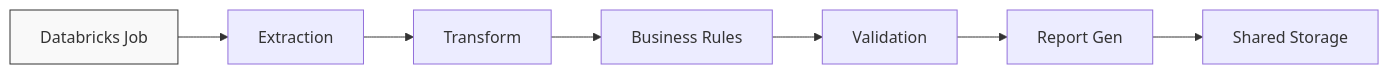
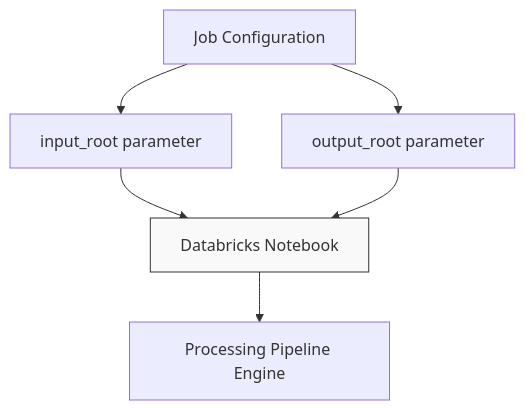
Before and after one commit to cjr3195/enterprise-data-automation: the seventh of 9 diagrams in README.md, drawn with Mermaid. The commit also changed other lines of this file, not shown here.

````diff
--- a/README.md
+++ b/README.md
@@ -63,10 +183,9 @@
 ```mermaid
-graph LR
-    A[Databricks Job] --> B[Extraction]
-    B --> C[Transform]
-    C --> D[Business Rules]
-    D --> E[Validation]
-    E --> F[Report Gen]
-    F --> G[Shared Storage]
-    style A fill:#f9f9f9,stroke:#333,stroke-width:1px
+graph TD
+    A[Job Configuration] --> B[input_root parameter]
+    A --> C[output_root parameter]
+    B --> D[Databricks Notebook]
+    C --> D
+    D --> E[Processing Pipeline Engine]
+    style D fill:#f9f9f9,stroke:#333,stroke-width:1px
 ```
````
